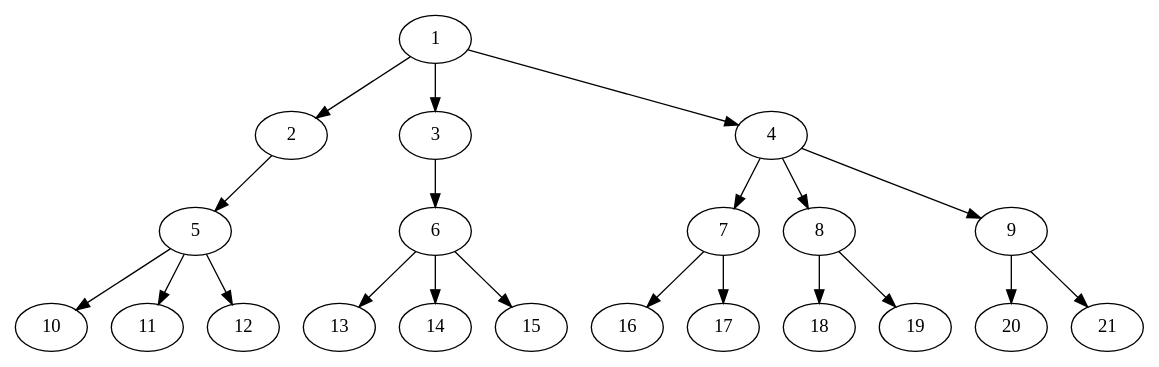
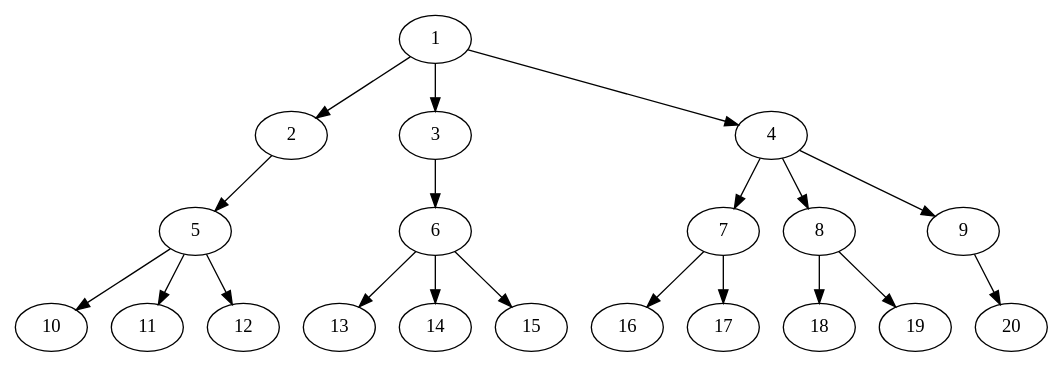
One commit to Ormulsoft/Task-Scheduler changed the diagram in src/resources/16p_OutTree-Unbalanced-MaxBf-3_Nodes_21_CCR_0.99_WeightType_Random.dot. Above: the diagram before and after it, drawn with Graphviz. The commit also changed 9 other files, not shown here.

```diff
--- a/src/resources/16p_OutTree-Unbalanced-MaxBf-3_Nodes_21_CCR_0.99_WeightType_Random.dot
+++ b/src/resources/16p_OutTree-Unbalanced-MaxBf-3_Nodes_21_CCR_0.99_WeightType_Random.dot
@@ -1,109 +1,104 @@
 digraph "core_16p_gb_OutTree-Unbalanced-MaxBf-3_Nodes_21_CCR_0.99_WeightType_Random_schedule.gxl" {
 	graph ["Number of processors"=16,
 		"Total schedule length"=40
 	];
 	1	 ["Finish time"=9,
 		Processor=14,
 		"Start time"=0,
 		Weight=9];
 	2	 ["Finish time"=18,
 		Processor=5,
 		"Start time"=16,
 		Weight=2];
 	1 -> 2	 [Weight=7];
 	3	 ["Finish time"=25,
 		Processor=14,
 		"Start time"=15,
 		Weight=10];
 	1 -> 3	 [Weight=11];
 	4	 ["Finish time"=15,
 		Processor=14,
 		"Start time"=9,
 		Weight=6];
 	1 -> 4	 [Weight=5];
 	5	 ["Finish time"=22,
 		Processor=5,
 		"Start time"=18,
 		Weight=4];
 	2 -> 5	 [Weight=6];
 	6	 ["Finish time"=35,
 		Processor=14,
 		"Start time"=25,
 		Weight=10];
 	3 -> 6	 [Weight=2];
 	7	 ["Finish time"=24,
 		Processor=6,
 		"Start time"=20,
 		Weight=4];
 	4 -> 7	 [Weight=5];
 	8	 ["Finish time"=26,
 		Processor=4,
 		"Start time"=22,
 		Weight=4];
 	4 -> 8	 [Weight=3];
 	9	 ["Finish time"=31,
 		Processor=2,
 		"Start time"=23,
 		Weight=8];
 	4 -> 9	 [Weight=8];
 	10	 ["Finish time"=38,
 		Processor=5,
 		"Start time"=28,
 		Weight=10];
 	5 -> 10	 [Weight=10];
 	11	 ["Finish time"=28,
 		Processor=5,
 		"Start time"=25,
 		Weight=3];
 	5 -> 11	 [Weight=8];
 	12	 ["Finish time"=38,
 		Processor=3,
 		"Start time"=28,
 		Weight=10];
 	5 -> 12	 [Weight=5];
 	13	 ["Finish time"=40,
 		Processor=14,
 		"Start time"=36,
 		Weight=4];
 	6 -> 13	 [Weight=10];
 	14	 ["Finish time"=40,
 		Processor=1,
 		"Start time"=38,
 		Weight=2];
 	6 -> 14	 [Weight=2];
 	15	 ["Finish time"=40,
 		Processor=16,
 		"Start time"=38,
 		Weight=2];
 	6 -> 15	 [Weight=3];
 	16	 ["Finish time"=40,
 		Processor=6,
 		"Start time"=31,
 		Weight=9];
 	7 -> 16	 [Weight=8];
 	17	 ["Finish time"=31,
 		Processor=6,
 		"Start time"=24,
 		Weight=7];
 	7 -> 17	 [Weight=8];
 	18	 ["Finish time"=40,
 		Processor=15,
 		"Start time"=30,
 		Weight=10];
 	8 -> 18	 [Weight=2];
 	19	 ["Finish time"=35,
 		Processor=4,
 		"Start time"=26,
 		Weight=9];
 	8 -> 19	 [Weight=10];
 	20	 ["Finish time"=34,
 		Processor=2,
 		"Start time"=31,
 		Weight=3];
 	9 -> 20	 [Weight=9];
-	21	 ["Finish time"=38,
-		Processor=2,
-		"Start time"=35,
-		Weight=3];
-	9 -> 21	 [Weight=6];
 }
```
